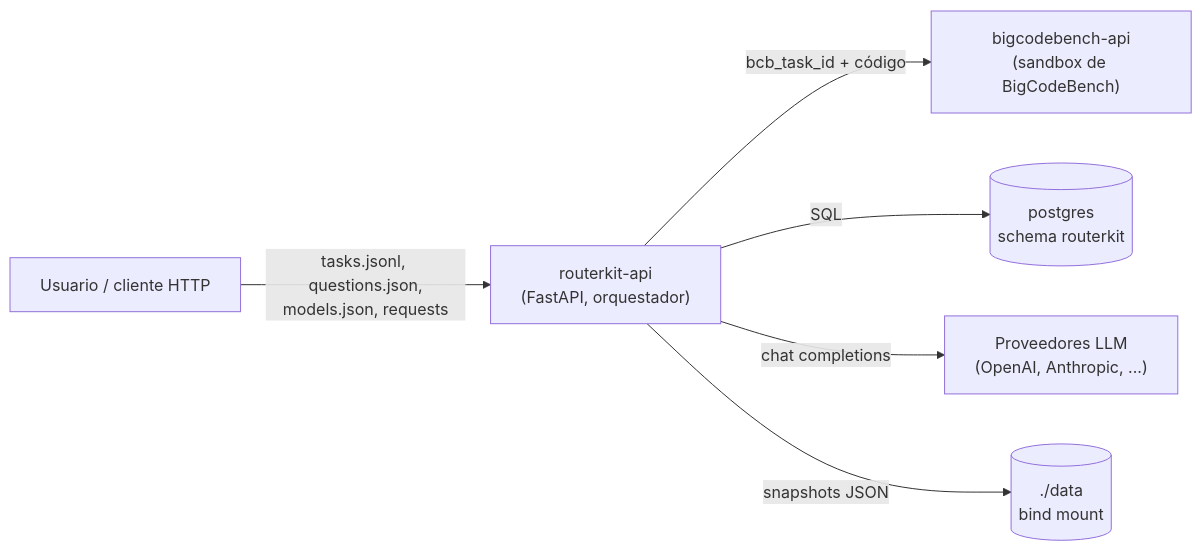
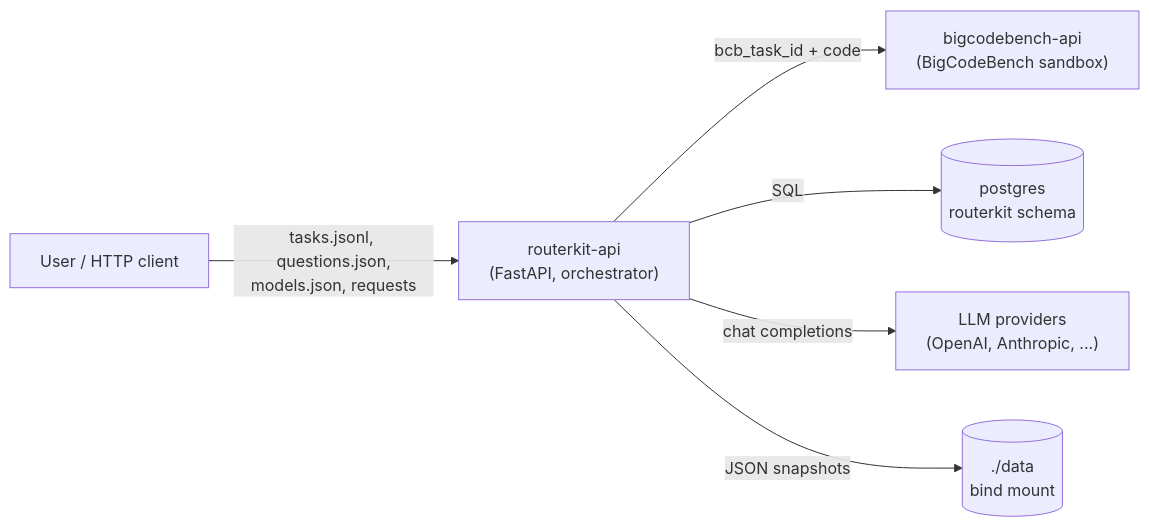
One commit to Timia-Group/routerkit changed the first of 2 diagrams in README.md. Above: the diagram before and after it, drawn with Mermaid. The commit also changed other lines of this file and 51 other files, not shown here.

````diff
--- a/README.md
+++ b/README.md
@@ -22,8 +22,8 @@
 ```mermaid
 flowchart LR
-    U["Usuario / cliente HTTP"] -->|"tasks.jsonl, questions.json,<br/>models.json, requests"| API["routerkit-api<br/>(FastAPI, orquestador)"]
-    API -->|"bcb_task_id + código"| BCB["bigcodebench-api<br/>(sandbox de BigCodeBench)"]
-    API -->|"SQL"| PG[("postgres<br/>schema routerkit")]
-    API -->|"chat completions"| LLM["Proveedores LLM<br/>(OpenAI, Anthropic, ...)"]
-    API -->|"snapshots JSON"| DATA[("./data<br/>bind mount")]
+    U["User / HTTP client"] -->|"tasks.jsonl, questions.json,<br/>models.json, requests"| API["routerkit-api<br/>(FastAPI, orchestrator)"]
+    API -->|"bcb_task_id + code"| BCB["bigcodebench-api<br/>(BigCodeBench sandbox)"]
+    API -->|"SQL"| PG[("postgres<br/>routerkit schema")]
+    API -->|"chat completions"| LLM["LLM providers<br/>(OpenAI, Anthropic, ...)"]
+    API -->|"JSON snapshots"| DATA[("./data<br/>bind mount")]
 ```
````
